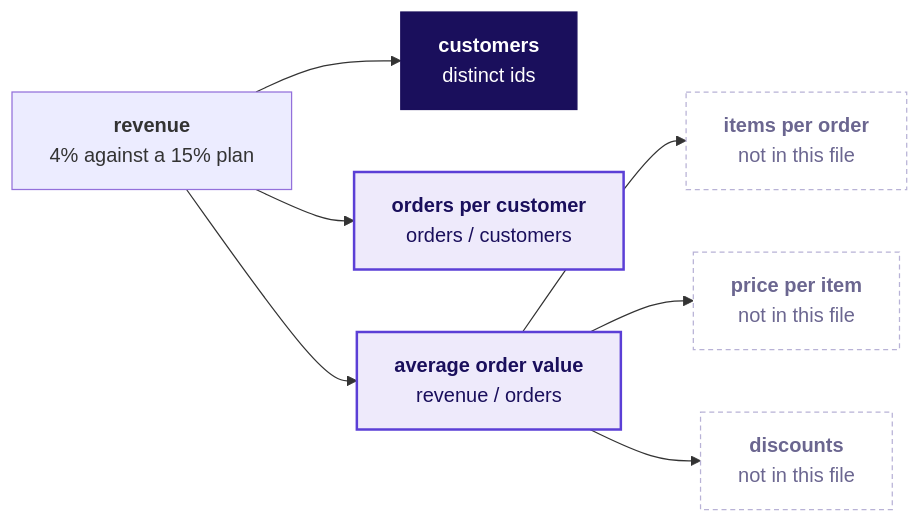
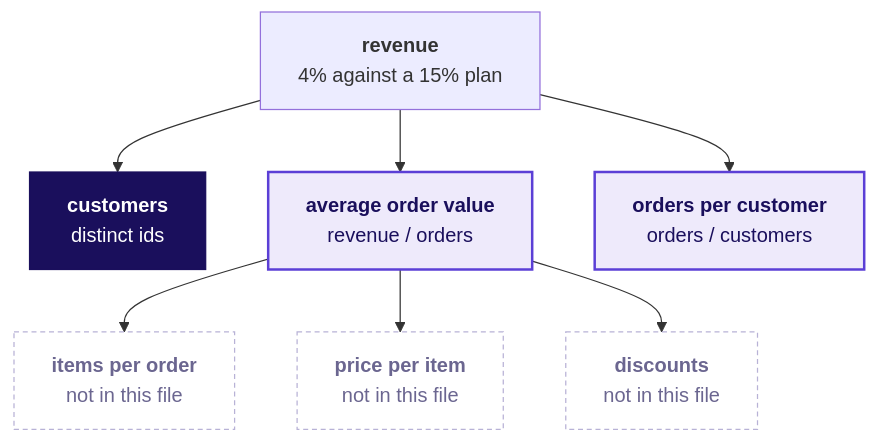
One commit to fde-academy-lab/c2-content-factory changed the second of 3 diagrams in content/W01/D1/study-notes/C2_W01_D01_notes_STUDENT.md. Above: the diagram before and after it, drawn with Mermaid. The commit also changed 4 other files, not shown here.

````diff
--- a/content/W01/D1/study-notes/C2_W01_D01_notes_STUDENT.md
+++ b/content/W01/D1/study-notes/C2_W01_D01_notes_STUDENT.md
@@ -52,15 +52,15 @@
 ```mermaid
-flowchart LR
+flowchart TB
     R["<b>revenue</b><br/>4% against a 15% plan"] --> C["<b>customers</b><br/>distinct ids"]
-    R --> F["<b>orders per customer</b><br/>orders / customers"]
     R --> A["<b>average order value</b><br/>revenue / orders"]
     A --> I["<b>items per order</b><br/>not in this file"]
     A --> P["<b>price per item</b><br/>not in this file"]
     A --> D["<b>discounts</b><br/>not in this file"]
+    R --> F["<b>orders per customer</b><br/>orders / customers"]
     classDef known fill:#EEEAFB,stroke:#5B3FD6,color:#1A0F5C,stroke-width:2px
     classDef unknown fill:#FFFFFF,stroke:#B8B2D6,color:#6B6690,stroke-dasharray:4 3
     classDef bet fill:#1A0F5C,stroke:#1A0F5C,color:#FFFFFF
     class F,A known
     class I,P,D unknown
     class C bet
 ```
````
